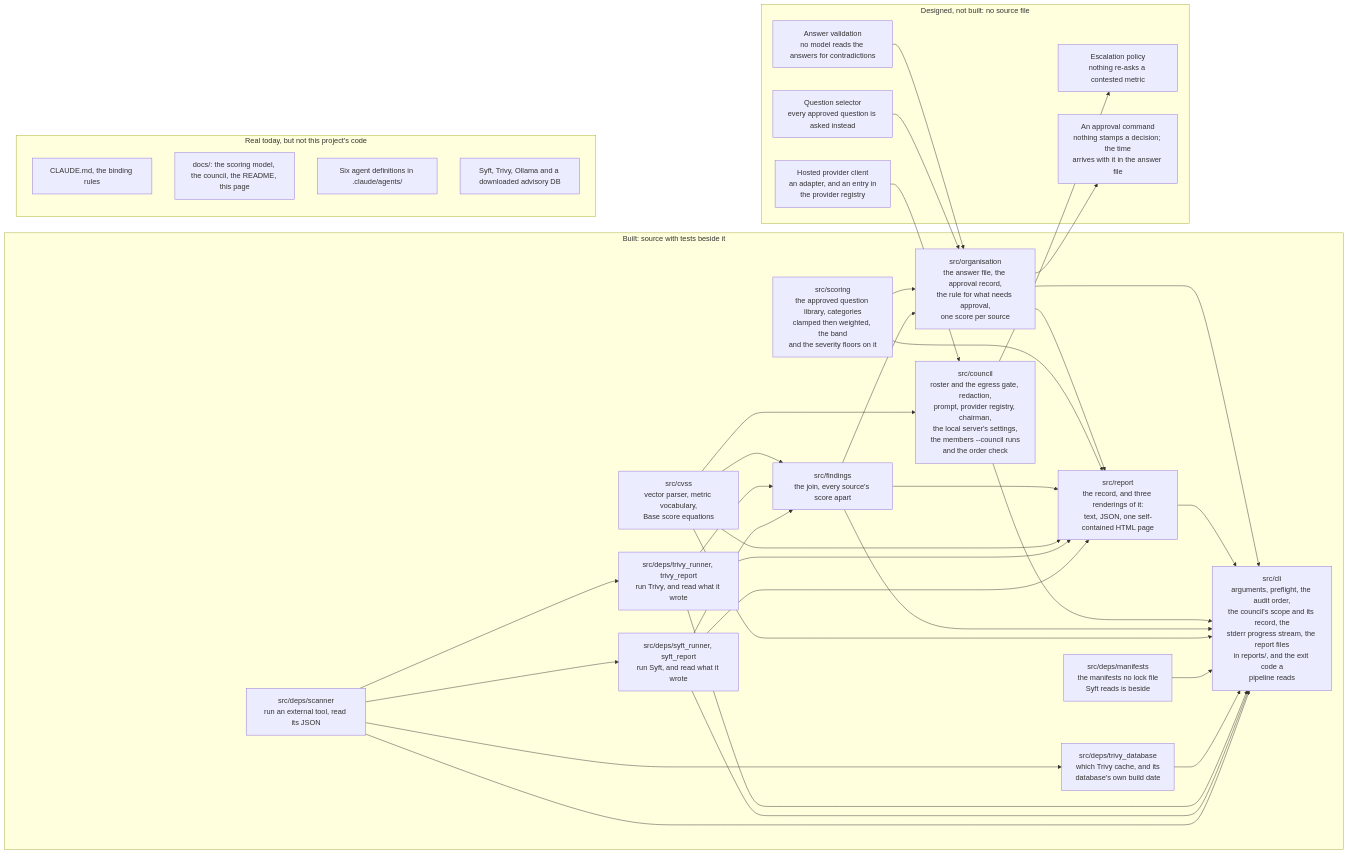
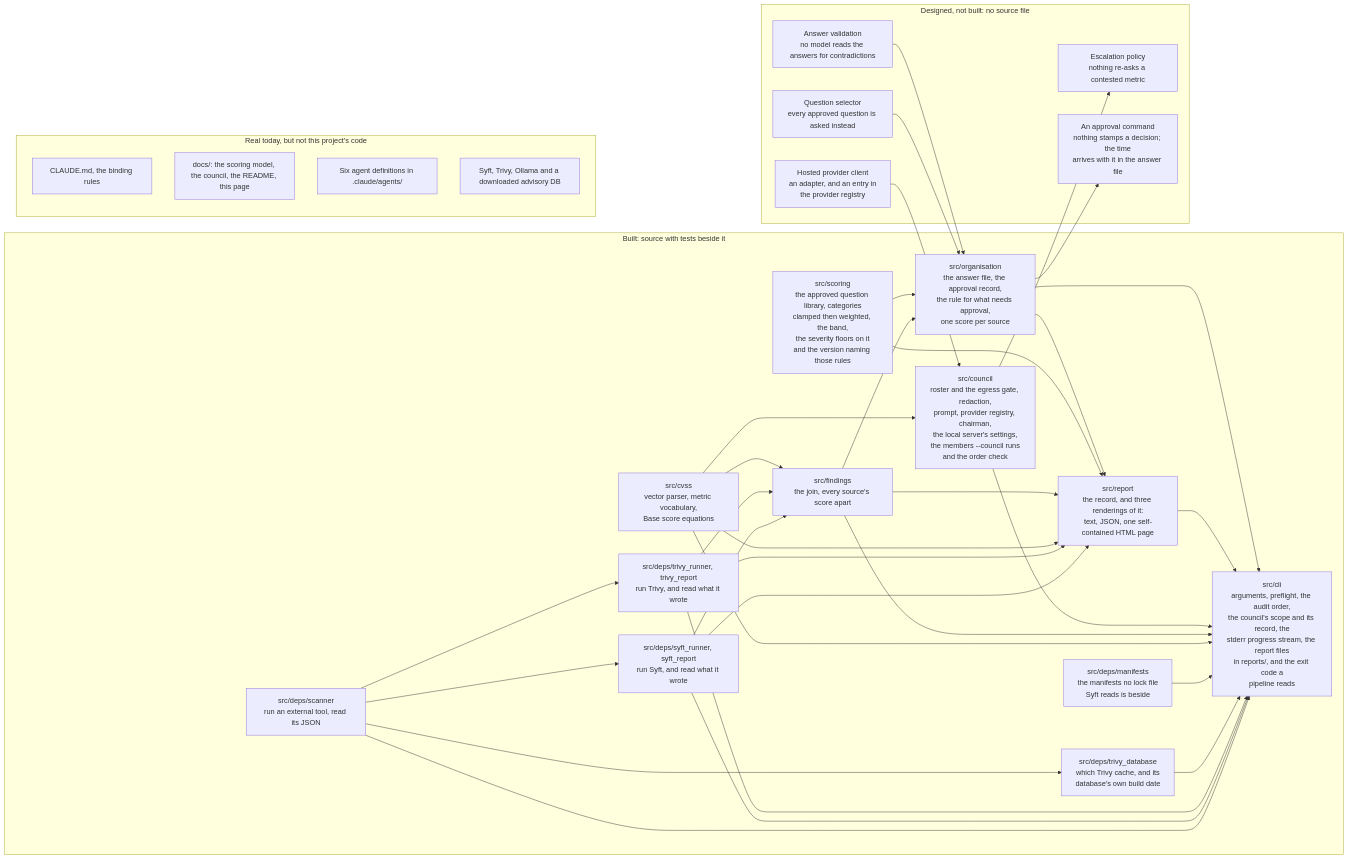
Before and after one commit to heinthtnaung/AgenticLLMAppAuditor: the fifth of 5 diagrams in docs/diagrams.md, drawn with Mermaid. The commit also changed other lines of this file and 9 other files, not shown here.

Commit message:
Record the scoring-rule version in every report

````diff
--- a/docs/diagrams.md
+++ b/docs/diagrams.md
@@ -535,63 +535,63 @@
 ```mermaid
 flowchart LR
     subgraph BUILT["Built: source with tests beside it"]
         b0["src/deps/scanner<br/>run an external tool, read its JSON"]
         b1["src/deps/syft_runner, syft_report<br/>run Syft, and read what it wrote"]
         b2["src/deps/trivy_runner, trivy_report<br/>run Trivy, and read what it wrote"]
         b3["src/deps/trivy_database<br/>which Trivy cache, and its<br/>database's own build date"]
         b11["src/deps/manifests<br/>the manifests no lock file<br/>Syft reads is beside"]
         b4["src/cvss<br/>vector parser, metric vocabulary,<br/>Base score equations"]
         b5["src/findings<br/>the join, every source's score apart"]
         b7["src/council<br/>roster and the egress gate, redaction,<br/>prompt, provider registry, chairman,<br/>the local server's settings,<br/>the members --council runs<br/>and the order check"]
         b8["src/report<br/>the record, and three renderings of it:<br/>text, JSON, one self-contained HTML page"]
         b9["src/cli<br/>arguments, preflight, the audit order,<br/>the council's scope and its record, the<br/>stderr progress stream, the report files<br/>in reports/, and the exit code a<br/>pipeline reads"]
-        b6["src/scoring<br/>the approved question library, categories<br/>clamped then weighted, the band<br/>and the severity floors on it"]
+        b6["src/scoring<br/>the approved question library, categories<br/>clamped then weighted, the band,<br/>the severity floors on it<br/>and the version naming those rules"]
         b10["src/organisation<br/>the answer file, the approval record,<br/>the rule for what needs approval,<br/>one score per source"]
         b0 --> b1
         b0 --> b2
         b0 --> b3
         b0 --> b9
         b1 --> b5
         b1 --> b8
         b1 --> b9
         b2 --> b5
         b2 --> b8
         b2 --> b9
         b3 --> b9
         b11 --> b9
         b4 --> b5
         b4 --> b7
         b4 --> b8
         b4 --> b9
         b5 --> b8
         b5 --> b9
         b5 --> b10
         b6 --> b8
         b6 --> b10
         b7 --> b9
         b8 --> b9
         b10 --> b8
         b10 --> b9
     end
 
     subgraph UNBUILT["Designed, not built: no source file"]
         d2["Question selector<br/>every approved question is asked instead"]
         d3["Answer validation<br/>no model reads the answers for contradictions"]
         d6["Hosted provider client<br/>an adapter, and an entry in<br/>the provider registry"]
         d11["Escalation policy<br/>nothing re-asks a contested metric"]
         d12["An approval command<br/>nothing stamps a decision; the time<br/>arrives with it in the answer file"]
     end
 
     d6 --> b7
     b7 --> d11
     d2 --> b10
     d3 --> b10
     b10 --> d12
 
     subgraph REAL["Real today, but not this project's code"]
         x1["CLAUDE.md, the binding rules"]
         x2["docs/: the scoring model, the council, the README, this page"]
         x3["Six agent definitions in .claude/agents/"]
         x4["Syft, Trivy, Ollama and a downloaded advisory DB"]
     end
 ```
````
